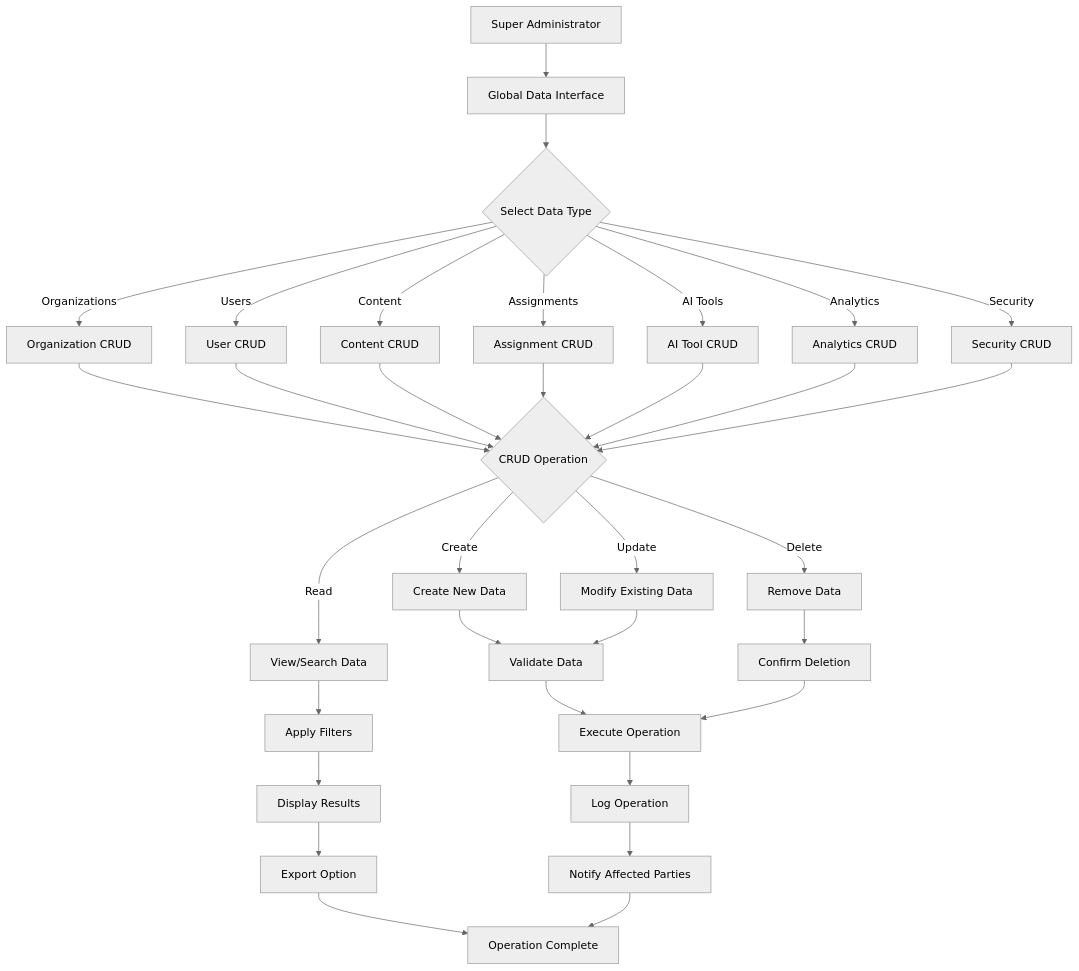
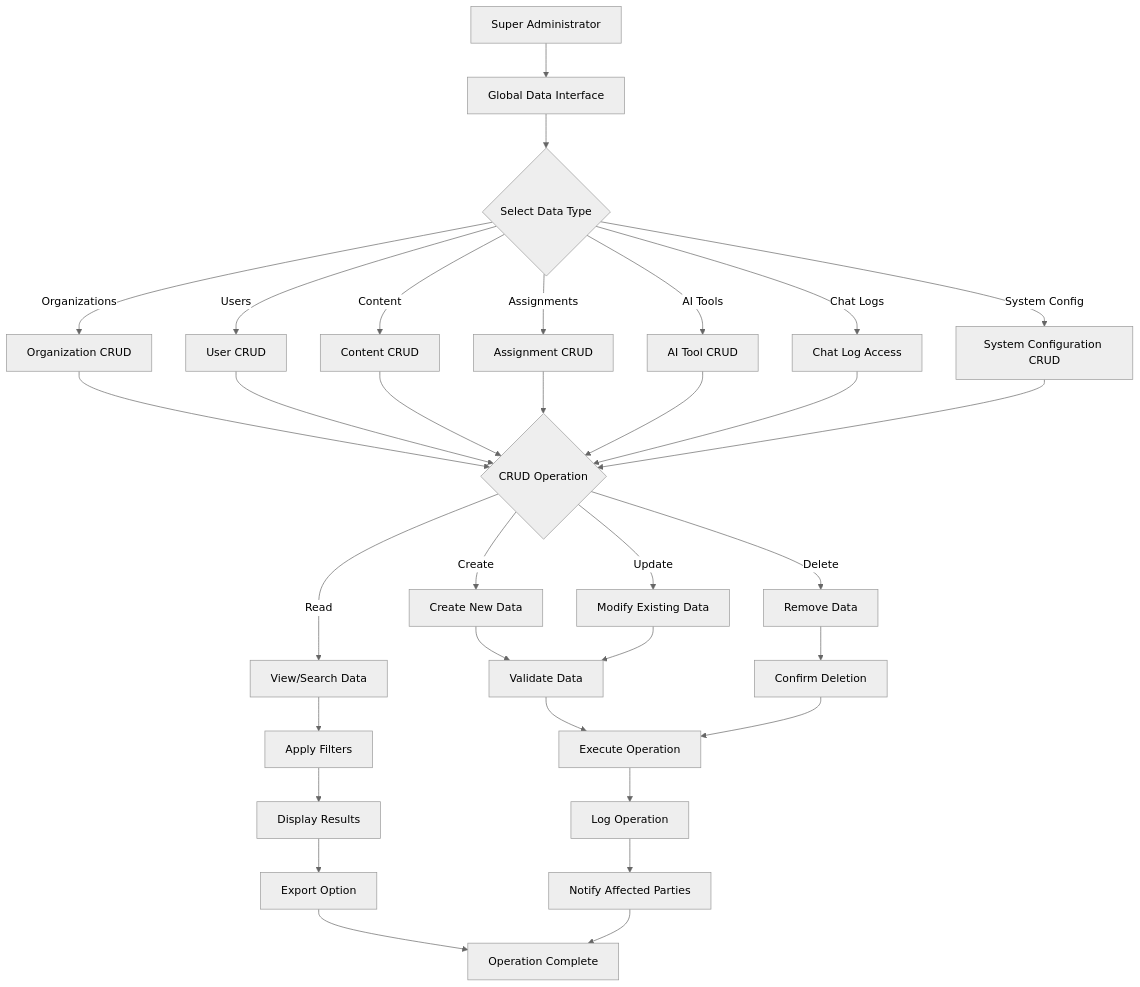
One commit to pzcuongnextchain/ai-smartlearn2-docs changed diagram 15 of 23 in ai-smart-learning-renewal/super-admin/global-data-management/flows-and-diagrams.md. Above: the diagram before and after it, drawn with Mermaid (neutral theme). The commit also changed other lines of this file and 4 other files, not shown here.

````diff
--- a/ai-smart-learning-renewal/super-admin/global-data-management/flows-and-diagrams.md
+++ b/ai-smart-learning-renewal/super-admin/global-data-management/flows-and-diagrams.md
@@ -416,42 +412,42 @@
 ```mermaid
 flowchart TD
     SA[Super Administrator] --> GDI[Global Data Interface]
     GDI --> DT{Select Data Type}
     
     DT -->|Organizations| OrgCRUD[Organization CRUD]
     DT -->|Users| UserCRUD[User CRUD]
     DT -->|Content| ContentCRUD[Content CRUD]
     DT -->|Assignments| AssignmentCRUD[Assignment CRUD]
     DT -->|AI Tools| ToolCRUD[AI Tool CRUD]
-    DT -->|Analytics| AnalyticsCRUD[Analytics CRUD]
-    DT -->|Security| SecurityCRUD[Security CRUD]
+    DT -->|Chat Logs| ChatLogCRUD[Chat Log Access]
+    DT -->|System Config| SystemCRUD[System Configuration CRUD]
     
     OrgCRUD --> CRUD{CRUD Operation}
     UserCRUD --> CRUD
     ContentCRUD --> CRUD
     AssignmentCRUD --> CRUD
     ToolCRUD --> CRUD
-    AnalyticsCRUD --> CRUD
-    SecurityCRUD --> CRUD
+    ChatLogCRUD --> CRUD
+    SystemCRUD --> CRUD
     
     CRUD -->|Create| CreateFlow[Create New Data]
     CRUD -->|Read| ReadFlow[View/Search Data]
     CRUD -->|Update| UpdateFlow[Modify Existing Data]
     CRUD -->|Delete| DeleteFlow[Remove Data]
     
     CreateFlow --> Validate[Validate Data]
     ReadFlow --> Filter[Apply Filters]
     UpdateFlow --> Validate
     DeleteFlow --> ConfirmDelete[Confirm Deletion]
     
     Validate --> Execute[Execute Operation]
     Filter --> Display[Display Results]
     ConfirmDelete --> Execute
     
-    Execute --> Audit[Log Operation]
+    Execute --> LogOp[Log Operation]
     Display --> Export[Export Option]
     
-    Audit --> Notify[Notify Affected Parties]
+    LogOp --> Notify[Notify Affected Parties]
     Export --> Complete[Operation Complete]
     Notify --> Complete
 ```
````
